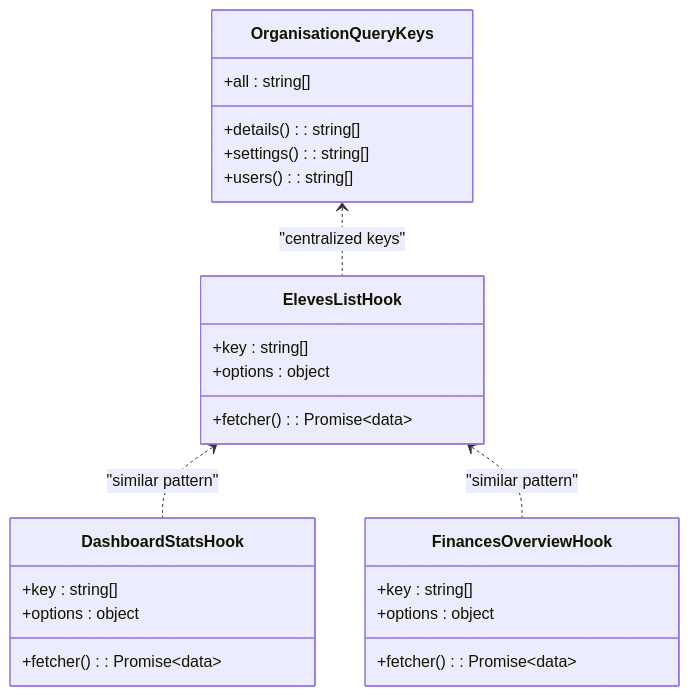
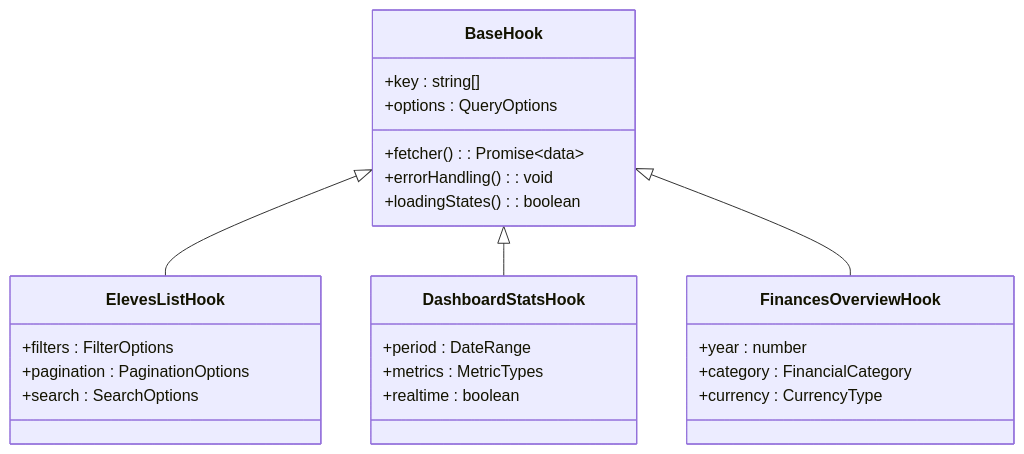
One commit to franckylab/eLISAschool changed the fourth of 5 diagrams in .qoder/repowiki/en/content/System Architecture/Frontend Architecture/State Management/React Query Integration.md. Above: the diagram before and after it, drawn with Mermaid. The commit also changed other lines of this file and 19 other files, not shown here.

````diff
--- a/.qoder/repowiki/en/content/System Architecture/Frontend Architecture/State Management/React Query Integration.md
+++ b/.qoder/repowiki/en/content/System Architecture/Frontend Architecture/State Management/React Query Integration.md
@@ -231,27 +265,28 @@
 ```mermaid
 classDiagram
+class BaseHook {
++key : string[]
++options : QueryOptions
++fetcher() : Promise~data~
++errorHandling() : void
++loadingStates() : boolean
+}
 class ElevesListHook {
-+key : string[]
-+options : object
-+fetcher() : Promise~data~
++filters : FilterOptions
++pagination : PaginationOptions
++search : SearchOptions
 }
 class DashboardStatsHook {
-+key : string[]
-+options : object
-+fetcher() : Promise~data~
++period : DateRange
++metrics : MetricTypes
++realtime : boolean
 }
 class FinancesOverviewHook {
-+key : string[]
-+options : object
-+fetcher() : Promise~data~
++year : number
++category : FinancialCategory
++currency : CurrencyType
 }
-class OrganisationQueryKeys {
-+all : string[]
-+details() : string[]
-+settings() : string[]
-+users() : string[]
-}
-ElevesListHook <.. DashboardStatsHook : "similar pattern"
-ElevesListHook <.. FinancesOverviewHook : "similar pattern"
-OrganisationQueryKeys <.. ElevesListHook : "centralized keys"
+BaseHook <|-- ElevesListHook
+BaseHook <|-- DashboardStatsHook
+BaseHook <|-- FinancesOverviewHook
 ```
````
